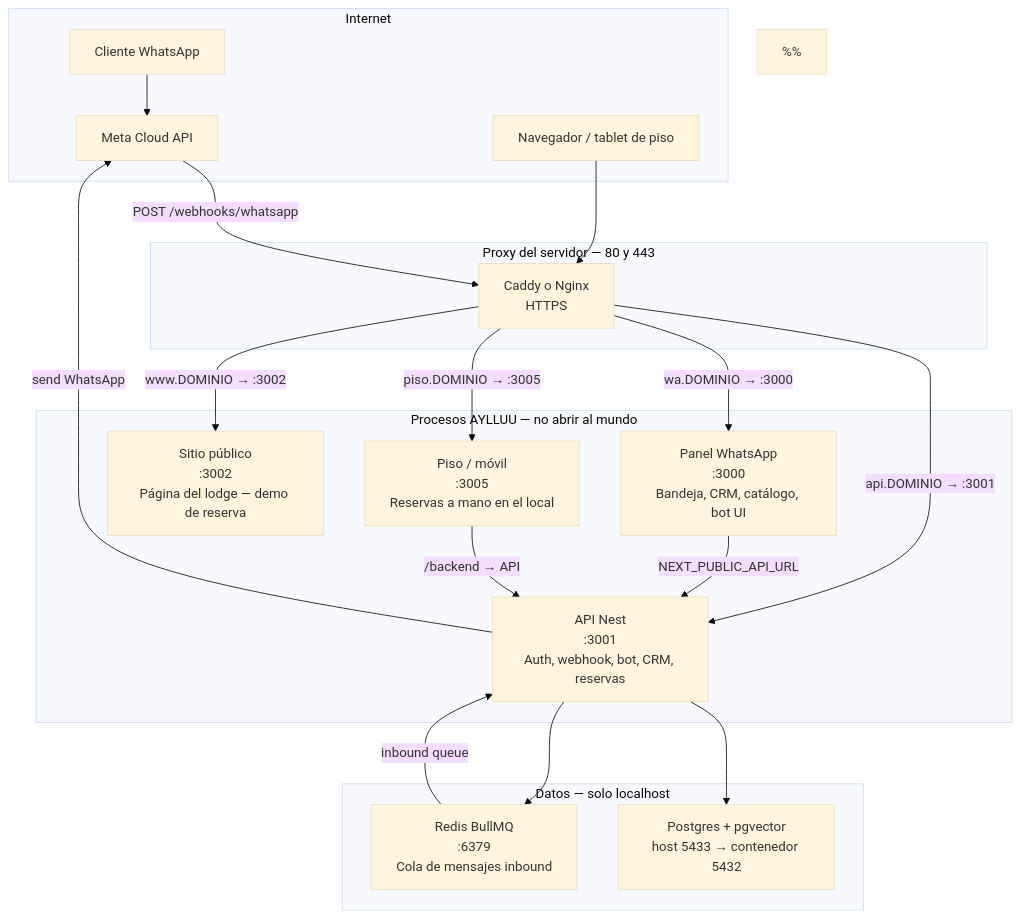
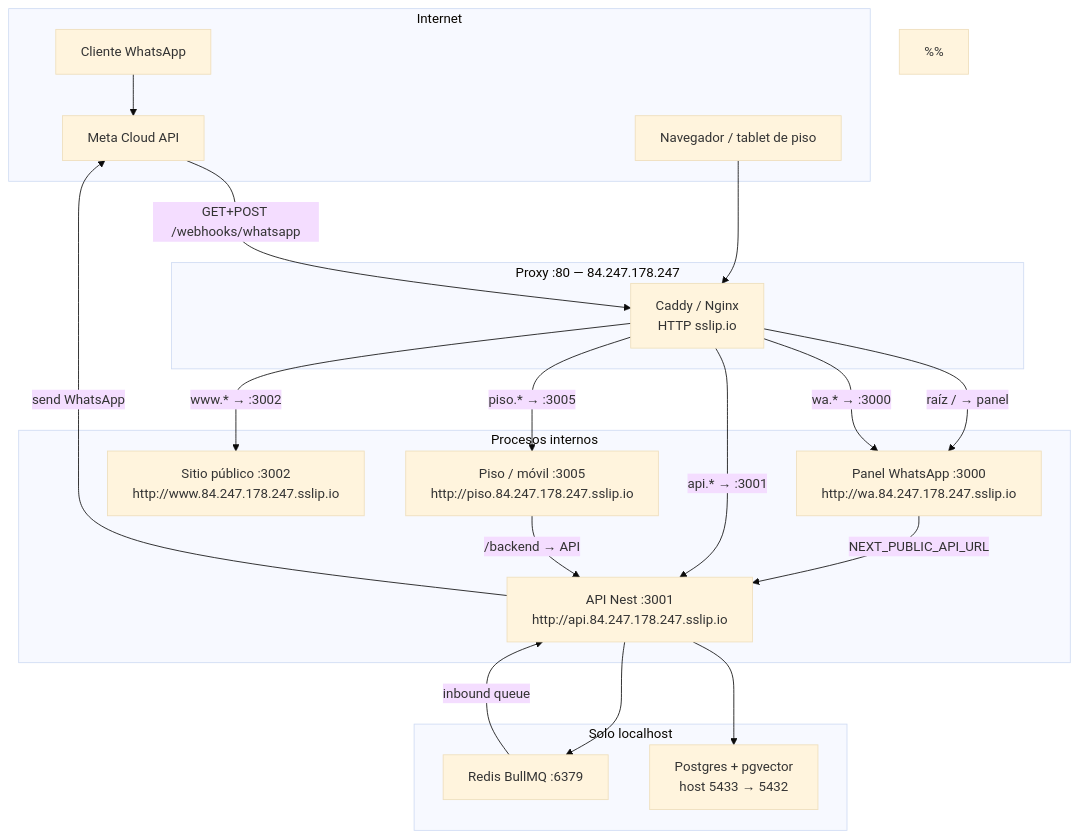
The diagram in docs/PUERTOS_SERVIDOR.mmd (excsxavox/ayllu), drawn with Mermaid (base theme) before and after one commit. The commit also changed 20 other files, not shown here.

Commit message:
Deja el login solo con JWT y apunta el piso al servidor.

```diff
--- a/docs/PUERTOS_SERVIDOR.mmd
+++ b/docs/PUERTOS_SERVIDOR.mmd
@@ -1,73 +1,78 @@
-%% AYLLUU — puertos del servidor (referencia para Cursor y deploy)
-%% Los procesos internos mantienen los mismos puertos que en local.
-%% Afuera solo se publican 80/443. Postgres y Redis no salen a internet.
+%% AYLLUU — puertos y URLs del servidor (referencia para Cursor)
+%% IP: 84.247.178.247
+%% Público hoy: HTTP :80 (sslip.io). Interno: mismos puertos que local.
+%% Postgres y Redis no salen a internet.
+%% Meta pide HTTPS para el webhook; cuando haya certificado, cambiar http→https.
 
 flowchart TB
   subgraph Internet["Internet"]
     Cliente["Cliente WhatsApp"]
     Meta["Meta Cloud API"]
     Navegador["Navegador / tablet de piso"]
   end
 
-  subgraph Proxy["Proxy del servidor — 80 y 443"]
-    Caddy["Caddy o Nginx<br/>HTTPS"]
+  subgraph Proxy["Proxy :80 — 84.247.178.247"]
+    Caddy["Caddy / Nginx<br/>HTTP sslip.io"]
   end
 
-  subgraph Apps["Procesos AYLLUU — no abrir al mundo"]
-    WA["Panel WhatsApp<br/>:3000<br/>Bandeja, CRM, catálogo, bot UI"]
-    API["API Nest<br/>:3001<br/>Auth, webhook, bot, CRM, reservas"]
-    Sitio["Sitio público<br/>:3002<br/>Página del lodge — demo de reserva"]
-    Piso["Piso / móvil<br/>:3005<br/>Reservas a mano en el local"]
+  subgraph Apps["Procesos internos"]
+    WA["Panel WhatsApp :3000<br/>http://wa.84.247.178.247.sslip.io"]
+    API["API Nest :3001<br/>http://api.84.247.178.247.sslip.io"]
+    Sitio["Sitio público :3002<br/>http://www.84.247.178.247.sslip.io"]
+    Piso["Piso / móvil :3005<br/>http://piso.84.247.178.247.sslip.io"]
   end
 
-  subgraph Datos["Datos — solo localhost"]
-    PG["Postgres + pgvector<br/>host 5433 → contenedor 5432"]
-    Redis["Redis BullMQ<br/>:6379<br/>Cola de mensajes inbound"]
+  subgraph Datos["Solo localhost"]
+    PG["Postgres + pgvector<br/>host 5433 → 5432"]
+    Redis["Redis BullMQ :6379"]
   end
 
   Cliente --> Meta
-  Meta -->|"POST /webhooks/whatsapp"| Caddy
+  Meta -->|"GET+POST /webhooks/whatsapp"| Caddy
   Navegador --> Caddy
 
-  Caddy -->|"api.DOMINIO → :3001"| API
-  Caddy -->|"wa.DOMINIO → :3000"| WA
-  Caddy -->|"piso.DOMINIO → :3005"| Piso
-  Caddy -->|"www.DOMINIO → :3002"| Sitio
+  Caddy -->|"raíz / → panel"| WA
+  Caddy -->|"wa.* → :3000"| WA
+  Caddy -->|"api.* → :3001"| API
+  Caddy -->|"piso.* → :3005"| Piso
+  Caddy -->|"www.* → :3002"| Sitio
 
   WA -->|"NEXT_PUBLIC_API_URL"| API
   Piso -->|"/backend → API"| API
   API --> PG
   API --> Redis
   Redis -->|"inbound queue"| API
   API -->|"send WhatsApp"| Meta
 
-%% --- Tabla de puertos ---
+%% --- URLs públicas (servidor vivo) ---
 %%
-%% Público
-%% 80    HTTP → redirige a 443
-%% 443   HTTPS del proxy
+%% Panel     http://wa.84.247.178.247.sslip.io          → :3000
+%% API       http://api.84.247.178.247.sslip.io         → :3001
+%% Piso      http://piso.84.247.178.247.sslip.io        → :3005
+%% Sitio     http://www.84.247.178.247.sslip.io         → :3002
+%% Raíz      http://84.247.178.247                      → redirige al panel
 %%
-%% Interno (escuchan las apps)
+%% Salud     http://api.84.247.178.247.sslip.io/health
+%% Webhook   http://api.84.247.178.247.sslip.io/webhooks/whatsapp
+%%
+%% --- Puertos internos ---
 %% 3000  Panel WhatsApp     pnpm --filter @aylluu/web start
-%% 3001  API                PORT=3001  health: GET /health
-%%                         webhook: GET+POST /webhooks/whatsapp
-%% 3002  Sitio público      SITIO_PORT=3002  pnpm --filter @aylluu/sitio dev
-%% 3005  Piso               NEXT_PUBLIC_AYLLUU_APP=movil  next start --port 3005
+%% 3001  API                PORT=3001
+%% 3002  Sitio              SITIO_PORT=3002
+%% 3005  Piso               AYLLUU_APP=movil  next start --port 3005
+%% 5433  Postgres           solo 127.0.0.1
+%% 6379  Redis              solo 127.0.0.1
 %%
-%% Solo localhost
-%% 5433  Postgres (compose mapea 5433:5432)  DATABASE_URL
-%% 6379  Redis                                REDIS_URL
-%%
-%% Variables en el servidor
-%% WEB_ORIGIN=https://wa.DOMINIO,https://piso.DOMINIO
-%% NEXT_PUBLIC_API_URL=https://api.DOMINIO
+%% --- Variables en el servidor ---
+%% WEB_ORIGIN=http://wa.84.247.178.247.sslip.io,http://piso.84.247.178.247.sslip.io,http://84.247.178.247
+%% NEXT_PUBLIC_API_URL=http://api.84.247.178.247.sslip.io
 %% DATABASE_URL=postgresql://USUARIO:CLAVE@127.0.0.1:5433/aylluu
 %% REDIS_URL=redis://127.0.0.1:6379
 %% PORT=3001
 %%
-%% Rutas de la API :3001
-%% GET  /health                 ¿está viva?
-%% GET  /webhooks/whatsapp      verificación Meta
-%% POST /webhooks/whatsapp      mensajes inbound
+%% --- Rutas API :3001 ---
+%% GET  /health
+%% GET  /webhooks/whatsapp
+%% POST /webhooks/whatsapp
 %% /auth /contacts /conversations /bookings /channels
 %% /settings/whatsapp /settings/ai /uploads
```
